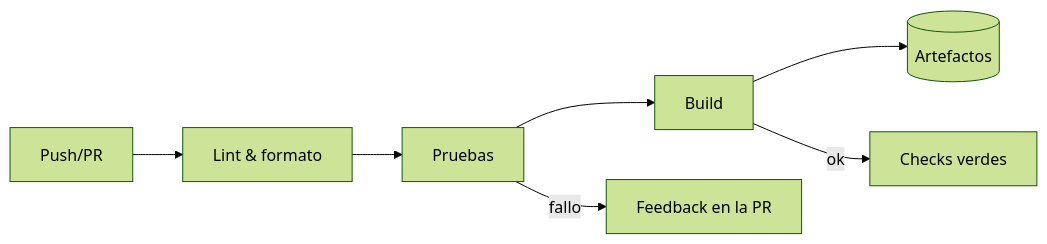
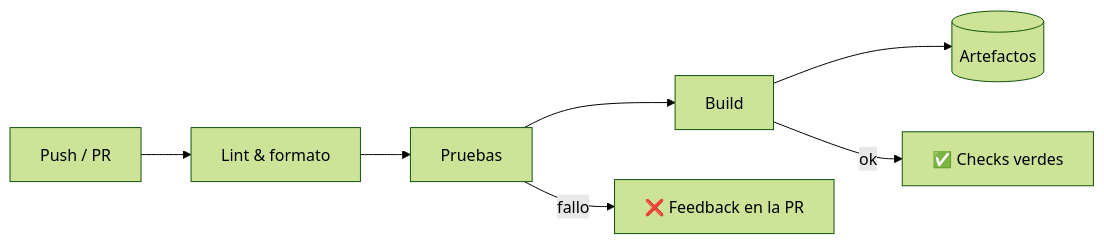
Before and after one commit to aitorventura/entornos-de-desarrollo: the third of 3 diagrams in docs/tema1/herramientas.md, drawn with Mermaid (forest theme). The commit also changed other lines of this file and 348 other files, not shown here.

````diff
--- a/docs/tema1/herramientas.md
+++ b/docs/tema1/herramientas.md
@@ -179,9 +314,9 @@
 ```mermaid
 flowchart LR
-  A[Push/PR] --> B[Lint & formato]
+  A[Push / PR] --> B[Lint & formato]
   B --> C[Pruebas]
   C --> D[Build]
   D --> E[(Artefactos)]
-  C -->|fallo| X[Feedback en la PR]
-  D -->|ok| Y[Checks verdes]
+  C -->|fallo| X[❌ Feedback en la PR]
+  D -->|ok| Y[✅ Checks verdes]
 ```
````
